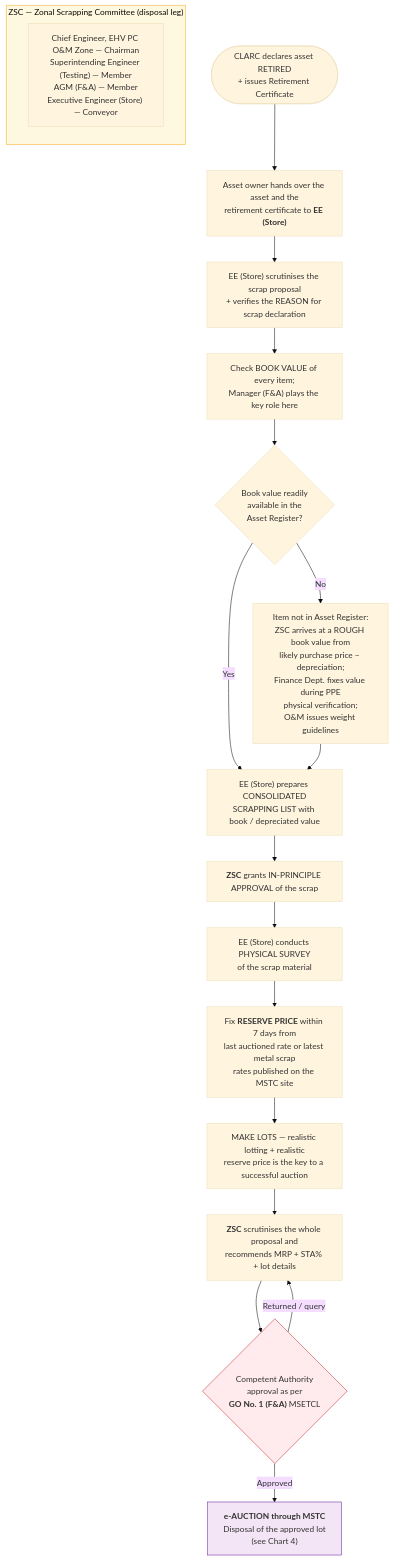
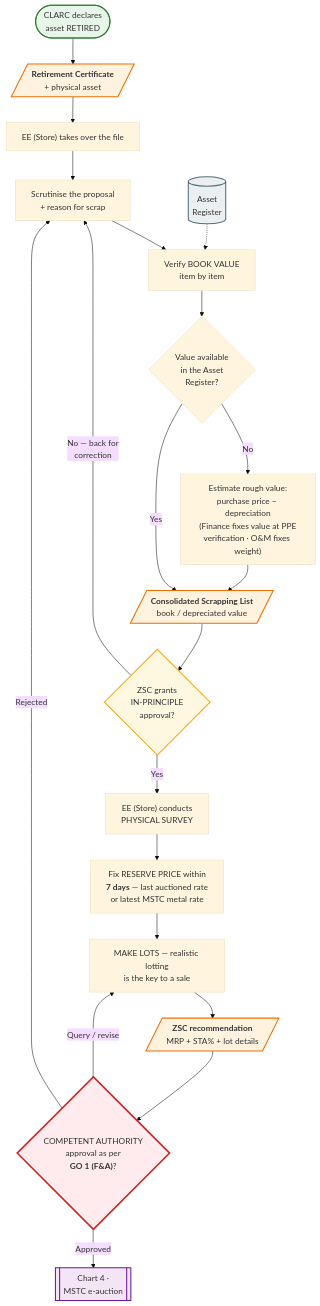
Before and after one commit to piyush4315/08.09.2026: the fifth of 10 diagrams in docs/flowchart.md, drawn with Mermaid (base theme). The commit also changed other lines of this file and 2 other files, not shown here.

Commit message:
Redraw policy flow charts as diagrammatic flowcharts with standard symbols

````diff
--- a/docs/flowchart.md
+++ b/docs/flowchart.md
@@ -136,26 +225,32 @@
 ```mermaid
 flowchart TD
-    START(["CLARC declares asset RETIRED<br/>+ issues Retirement Certificate"]) --> H1["Asset owner hands over the asset and the<br/>retirement certificate to <b>EE (Store)</b>"]
-    H1 --> S1["EE (Store) scrutinises the scrap proposal<br/>+ verifies the REASON for scrap declaration"]
-    S1 --> S2["Check BOOK VALUE of every item;<br/>Manager (F&amp;A) plays the key role here"]
-    S2 --> BV{"Book value readily<br/>available in the<br/>Asset Register?"}
-    BV -->|No| BV1["Item not in Asset Register:<br/>ZSC arrives at a ROUGH book value from<br/>likely purchase price − depreciation;<br/>Finance Dept. fixes value during PPE<br/>physical verification;<br/>O&amp;M issues weight guidelines"]
-    BV -->|Yes| S3
-    BV1 --> S3["EE (Store) prepares CONSOLIDATED<br/>SCRAPPING LIST with book / depreciated value"]
-    S3 --> Z1["<b>ZSC</b> grants IN-PRINCIPLE APPROVAL of the scrap"]
-    Z1 --> Z2["EE (Store) conducts PHYSICAL SURVEY<br/>of the scrap material"]
-    Z2 --> Z3["Fix <b>RESERVE PRICE</b> within 7 days from<br/>last auctioned rate or latest metal scrap<br/>rates published on the MSTC site"]
-    Z3 --> Z4["MAKE LOTS — realistic lotting + realistic<br/>reserve price is the key to a successful auction"]
-    Z4 --> Z5["<b>ZSC</b> scrutinises the whole proposal and<br/>recommends MRP + STA% + lot details"]
-    Z5 --> CA{"Competent Authority<br/>approval as per<br/><b>GO No. 1 (F&amp;A)</b> MSETCL"}
-    CA -->|"Returned / query"| Z5
-    CA -->|"Approved"| AUC["<b>e-AUCTION through MSTC</b><br/>Disposal of the approved lot<br/>(see Chart 4)"]
+    START(["CLARC declares<br/>asset RETIRED"]) --> D1[/"<b>Retirement Certificate</b><br/>+ physical asset"/]
+    D1 --> P1["EE (Store) takes over the file"]
+    P1 --> P2["Scrutinise the proposal<br/>+ reason for scrap"]
+    P2 --> P3["Verify BOOK VALUE<br/>item by item"]
+    REG[("Asset<br/>Register")] -.-> P3
+    P3 --> DEC{"Value available<br/>in the Asset<br/>Register?"}
+    DEC -->|"No"| ALT["Estimate rough value:<br/>purchase price − depreciation<br/>(Finance fixes value at PPE<br/>verification · O&amp;M fixes weight)"]
+    DEC -->|"Yes"| P4
+    ALT --> P4[/"<b>Consolidated Scrapping List</b><br/>book / depreciated value"/]
 
-    subgraph ZSCB["ZSC — Zonal Scrapping Committee (disposal leg)"]
-        ZC["Chief Engineer, EHV PC O&amp;M Zone — Chairman<br/>Superintending Engineer (Testing) — Member<br/>AGM (F&amp;A) — Member<br/>Executive Engineer (Store) — Conveyor"]
-    end
+    P4 --> Z1{"ZSC grants<br/>IN-PRINCIPLE<br/>approval?"}
+    Z1 -->|"No — back for<br/>correction"| P2
+    Z1 -->|"Yes"| P5["EE (Store) conducts<br/>PHYSICAL SURVEY"]
+    P5 --> P6["Fix RESERVE PRICE within<br/><b>7 days</b> — last auctioned rate<br/>or latest MSTC metal rate"]
+    P6 --> P7["MAKE LOTS — realistic lotting<br/>is the key to a sale"]
+    P7 --> Z2[/"<b>ZSC recommendation</b><br/>MRP + STA% + lot details"/]
+    Z2 --> CA{"COMPETENT AUTHORITY<br/>approval as per<br/><b>GO 1 (F&amp;A)</b>?"}
+    CA -->|"Query / revise"| P7
+    CA -->|"Approved"| AUC[["Chart 4 ·<br/>MSTC e-auction"]]
+    CA -->|"Rejected"| P2
 
-    style ZSCB fill:#fff8e1,stroke:#f9a825
-    style CA fill:#ffebee,stroke:#c62828
-    style AUC fill:#f3e5f5,stroke:#6a1b9a
+    style START fill:#e8f5e9,stroke:#2e7d32,stroke-width:2px
+    style D1 fill:#fff3e0,stroke:#ef6c00,stroke-width:2px
+    style P4 fill:#fff3e0,stroke:#ef6c00,stroke-width:2px
+    style Z2 fill:#fff3e0,stroke:#ef6c00,stroke-width:2px
+    style REG fill:#eceff1,stroke:#546e7a,stroke-width:2px
+    style Z1 fill:#fff8e1,stroke:#f9a825,stroke-width:2px
+    style CA fill:#ffebee,stroke:#c62828,stroke-width:3px
+    style AUC fill:#f3e5f5,stroke:#6a1b9a,stroke-width:2px
 ```
````
